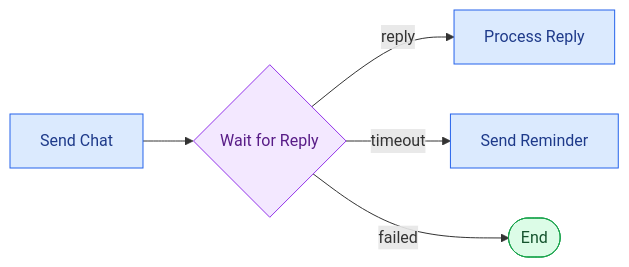
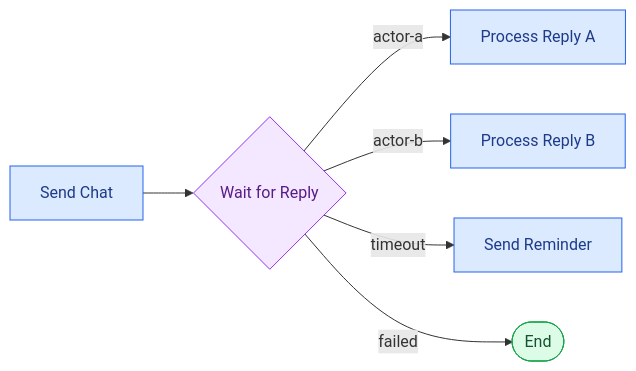
The diagram in public/documentation/08-wait-for-reply.md (Nazyli/simflow-web), drawn with Mermaid before and after one commit. The commit also changed other lines of this file and 8 other files, not shown here.

```diff
--- a/public/documentation/08-wait-for-reply.md
+++ b/public/documentation/08-wait-for-reply.md
@@ -13,13 +13,14 @@
 ~~~mermaid
 flowchart LR
     A[Send Chat] --> B{Wait for Reply}
-    B -->|reply| C[Process Reply]
-    B -->|timeout| D[Send Reminder]
-    B -->|failed| E([End])
+    B -->|actor-a| C[Process Reply A]
+    B -->|actor-b| D[Process Reply B]
+    B -->|timeout| E[Send Reminder]
+    B -->|failed| F([End])
     classDef action fill:#dbeafe,stroke:#2563eb,color:#1e3a8a
     classDef wait fill:#f3e8ff,stroke:#9333ea,color:#581c87
     classDef terminal fill:#dcfce7,stroke:#16a34a,color:#14532d
-    class A,C,D action
+    class A,C,D,E action
     class B wait
-    class E terminal
+    class F terminal
 ~~~
```
